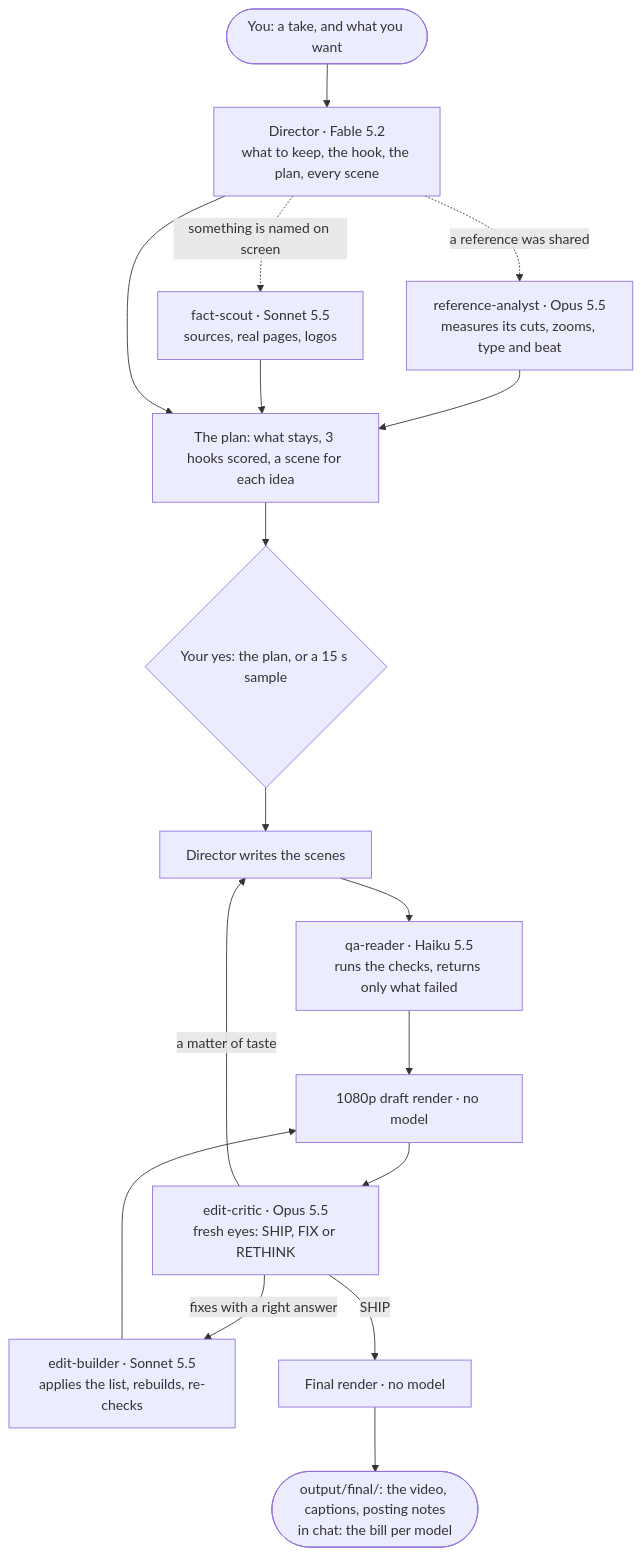
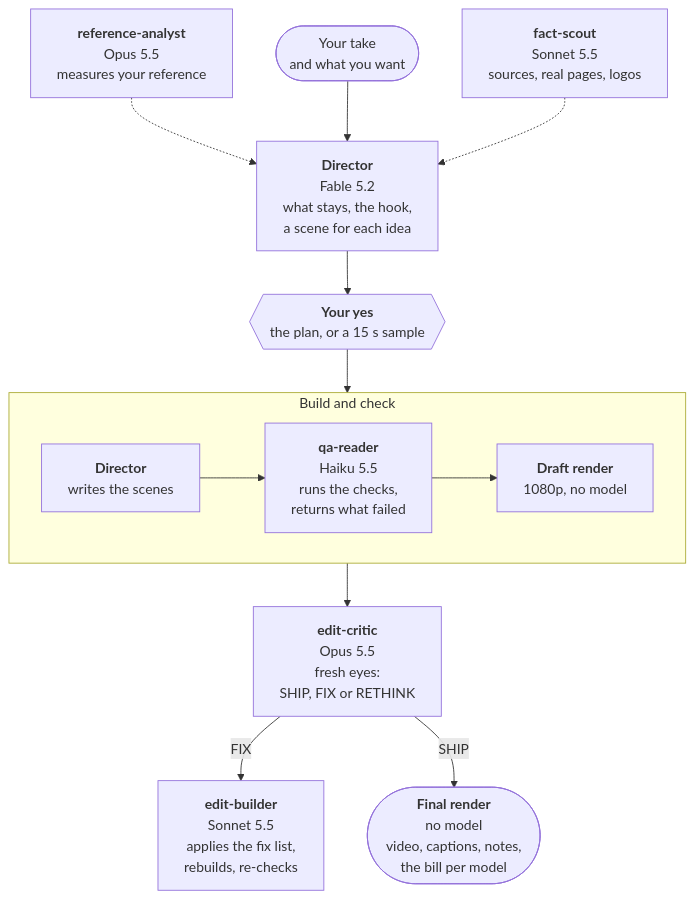
The diagram in README.md (DhananjaySarathe/fable-directed-editor), drawn with Mermaid before and after one commit. The commit also changed other lines of this file, not shown here.

Commit message:
README: a shorter, clearer diagram of the run

````diff
--- a/README.md
+++ b/README.md
@@ -29,19 +29,15 @@
 ```mermaid
 flowchart TD
-    you(["You: a take, and what you want"]) --> dir["Director · Fable 5.2<br/>what to keep, the hook, the plan, every scene"]
-    dir -. "a reference was shared" .-> ra["reference-analyst · Opus 5.5<br/>measures its cuts, zooms, type and beat"]
-    dir -. "something is named on screen" .-> fs["fact-scout · Sonnet 5.5<br/>sources, real pages, logos"]
-    ra --> plan["The plan: what stays, 3 hooks scored, a scene for each idea"]
-    fs --> plan
-    dir --> plan
-    plan --> yes{"Your yes: the plan, or a 15 s sample"}
-    yes --> build["Director writes the scenes"]
-    build --> qa["qa-reader · Haiku 5.5<br/>runs the checks, returns only what failed"]
-    qa --> draft["1080p draft render · no model"]
-    draft --> critic["edit-critic · Opus 5.5<br/>fresh eyes: SHIP, FIX or RETHINK"]
-    critic -- "a matter of taste" --> build
-    critic -- "fixes with a right answer" --> eb["edit-builder · Sonnet 5.5<br/>applies the list, rebuilds, re-checks"]
-    eb --> draft
-    critic -- "SHIP" --> final["Final render · no model"]
-    final --> out(["output/final/: the video, captions, posting notes<br/>in chat: the bill per model"])
+    ra["<b>reference-analyst</b><br/>Opus 5.5<br/>measures your reference"] -.-> dir
+    you(["Your take<br/>and what you want"]) --> dir
+    fs["<b>fact-scout</b><br/>Sonnet 5.5<br/>sources, real pages, logos"] -.-> dir
+    dir["<b>Director</b><br/>Fable 5.2<br/>what stays, the hook,<br/>a scene for each idea"] --> yes{{"<b>Your yes</b><br/>the plan, or a 15 s sample"}}
+    yes --> BC
+    subgraph BC["Build and check"]
+        direction LR
+        build["<b>Director</b><br/>writes the scenes"] --> qa["<b>qa-reader</b><br/>Haiku 5.5<br/>runs the checks,<br/>returns what failed"] --> draft["<b>Draft render</b><br/>1080p, no model"]
+    end
+    BC --> critic["<b>edit-critic</b><br/>Opus 5.5<br/>fresh eyes:<br/>SHIP, FIX or RETHINK"]
+    critic -- "FIX" --> eb["<b>edit-builder</b><br/>Sonnet 5.5<br/>applies the fix list,<br/>rebuilds, re-checks"]
+    critic -- "SHIP" --> final(["<b>Final render</b><br/>no model<br/>video, captions, notes,<br/>the bill per model"])
 ```
````
